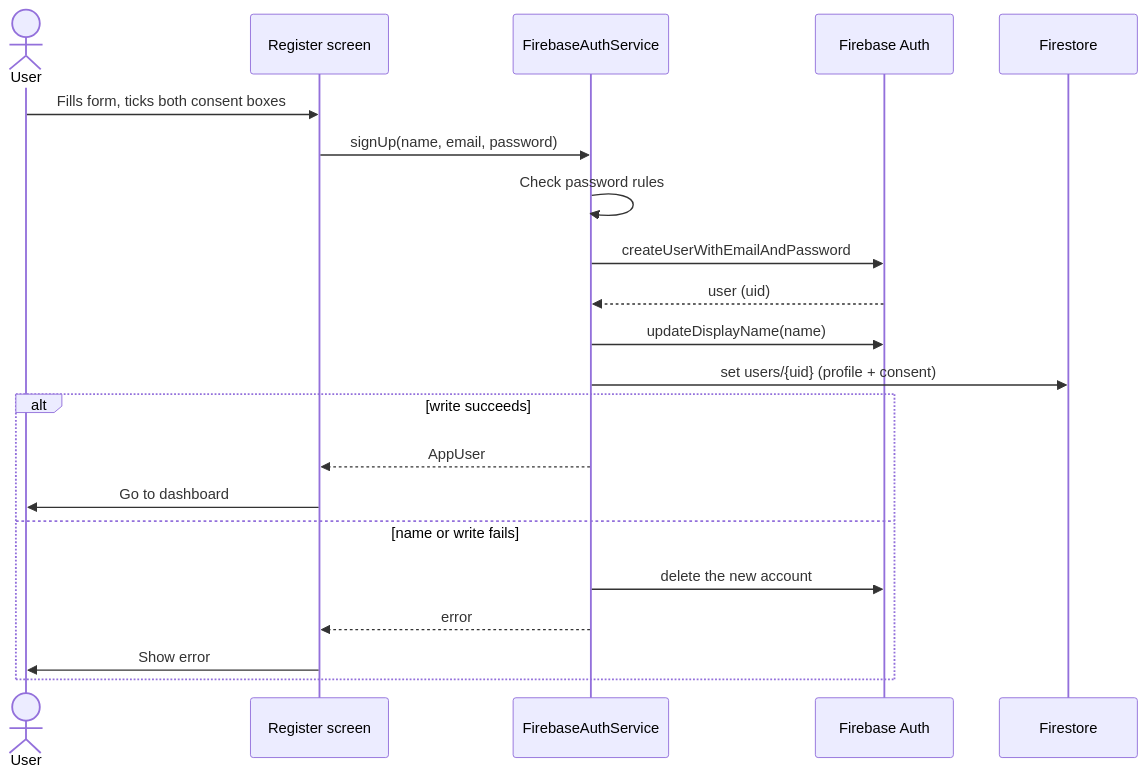
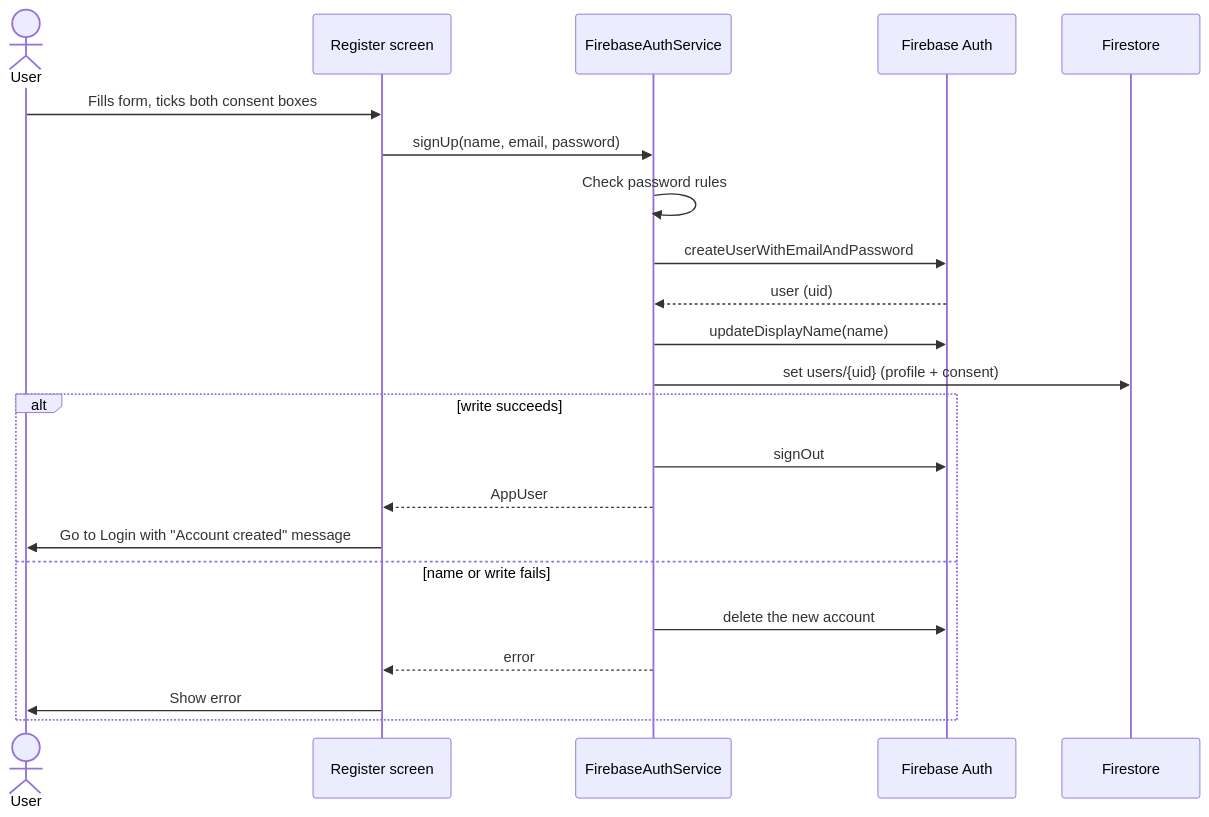
One commit to mindpathai/MindPath-AI changed the second of 2 diagrams in docs/ARCHITECTURE.md. Above: the diagram before and after it, drawn with Mermaid. The commit also changed other lines of this file and 47 other files, not shown here.

````diff
--- a/docs/ARCHITECTURE.md
+++ b/docs/ARCHITECTURE.md
@@ -131,24 +133,25 @@
 ```mermaid
 sequenceDiagram
     actor U as User
     participant R as Register screen
     participant S as FirebaseAuthService
     participant A as Firebase Auth
     participant F as Firestore
 
     U->>R: Fills form, ticks both consent boxes
     R->>S: signUp(name, email, password)
     S->>S: Check password rules
     S->>A: createUserWithEmailAndPassword
     A-->>S: user (uid)
     S->>A: updateDisplayName(name)
     S->>F: set users/{uid} (profile + consent)
     alt write succeeds
+        S->>A: signOut
         S-->>R: AppUser
-        R->>U: Go to dashboard
+        R->>U: Go to Login with "Account created" message
     else name or write fails
         S->>A: delete the new account
         S-->>R: error
         R->>U: Show error
     end
 ```
````
